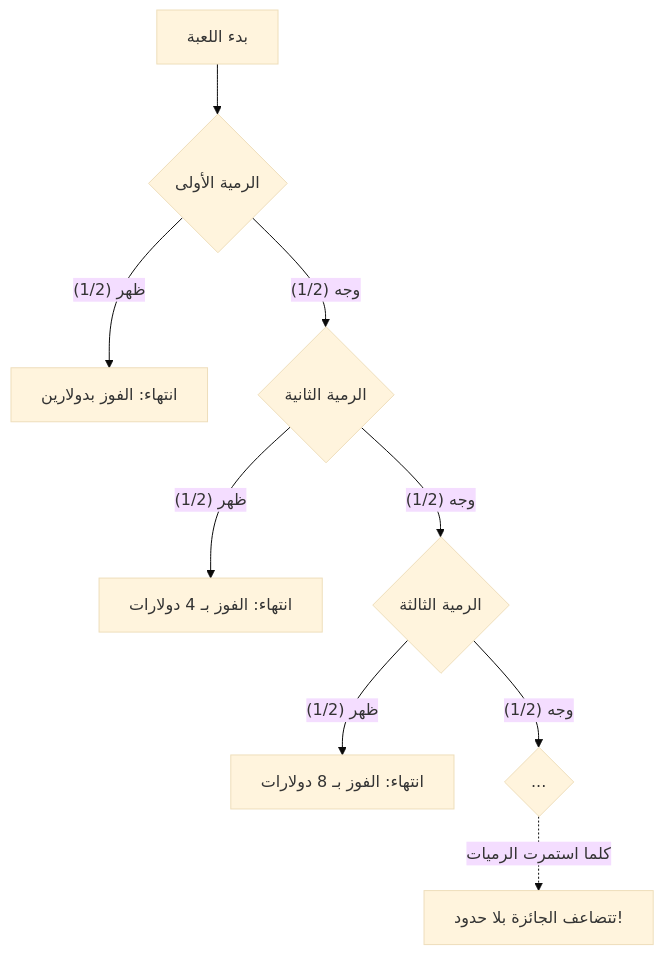
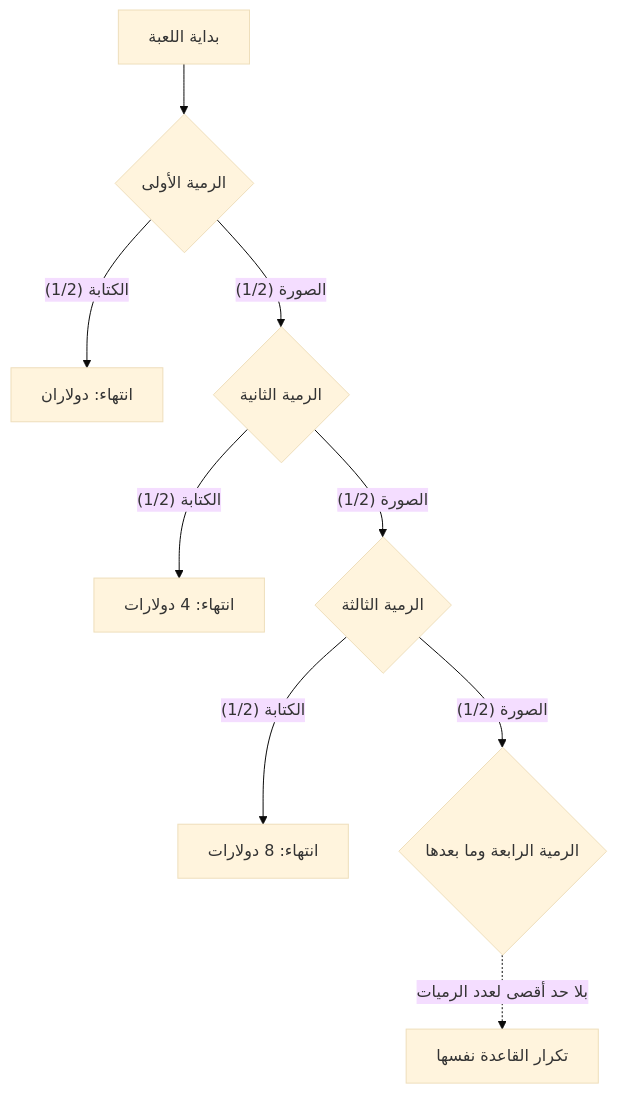
The diagram in content/post/サンクトペテルブルクのパラドックス/index.ar.md (kenjinote/blog), drawn with Mermaid (base theme) before and after one commit. The commit also changed other lines of this file and 13 other files, not shown here.

````diff
--- a/content/post/サンクトペテルブルクのパラドックス/index.ar.md
+++ b/content/post/サンクトペテルブルクのパラドックス/index.ar.md
@@ -33,15 +34,11 @@
 ```mermaid
 graph TD
-    Start["بدء اللعبة"] --> Toss1{"الرمية الأولى"}
-    
-    Toss1 -->|"ظهر (1/2)"| End1["انتهاء: الفوز بدولارين"]
-    Toss1 -->|"وجه (1/2)"| Toss2{"الرمية الثانية"}
-    
-    Toss2 -->|"ظهر (1/2)"| End2["انتهاء: الفوز بـ 4 دولارات"]
-    Toss2 -->|"وجه (1/2)"| Toss3{"الرمية الثالثة"}
-    
-    Toss3 -->|"ظهر (1/2)"| End3["انتهاء: الفوز بـ 8 دولارات"]
-    Toss3 -->|"وجه (1/2)"| Toss4{"..."}
-    
-    Toss4 -.->|"كلما استمرت الرميات"| Infinite["تتضاعف الجائزة بلا حدود!"]
+    Start["بداية اللعبة"] --> Toss1{"الرمية الأولى"}
+    Toss1 -->|"الكتابة (1/2)"| End1["انتهاء: دولاران"]
+    Toss1 -->|"الصورة (1/2)"| Toss2{"الرمية الثانية"}
+    Toss2 -->|"الكتابة (1/2)"| End2["انتهاء: 4 دولارات"]
+    Toss2 -->|"الصورة (1/2)"| Toss3{"الرمية الثالثة"}
+    Toss3 -->|"الكتابة (1/2)"| End3["انتهاء: 8 دولارات"]
+    Toss3 -->|"الصورة (1/2)"| Toss4{"الرمية الرابعة وما بعدها"}
+    Toss4 -.->|"بلا حد أقصى لعدد الرميات"| Continue["تكرار القاعدة نفسها"]
 ```
````
